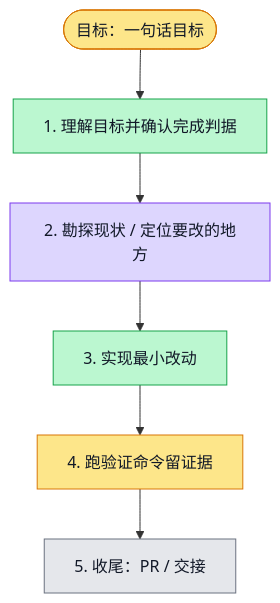
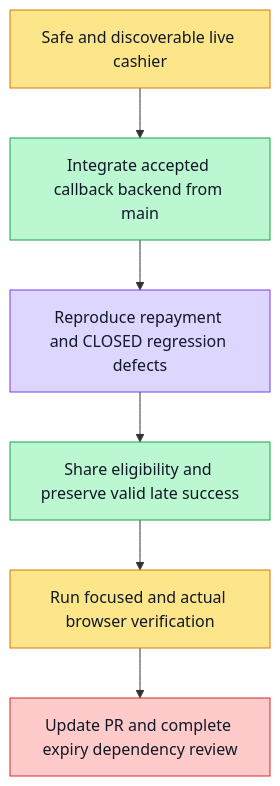
Before and after one commit to boardx/workspacex: the diagram in phases/phase-21-billing-payment/sprints/sprint-06/plans/F06.plan.md, drawn with Mermaid. The commit also changed other lines of this file and 8 other files, not shown here.

Commit message:
fix(billing): prevent repayment of closed orders requiring manual recovery

````diff
--- a/phases/phase-21-billing-payment/sprints/sprint-06/plans/F06.plan.md
+++ b/phases/phase-21-billing-payment/sprints/sprint-06/plans/F06.plan.md
@@ -17,25 +11,23 @@
 ```mermaid
 flowchart TD
-  G([目标：一句话目标])
-  S1[1. 理解目标并确认完成判据]
-  S2[2. 勘探现状 / 定位要改的地方]
-  S3[3. 实现最小改动]
-  S4[4. 跑验证命令留证据]
-  S5[5. 收尾：PR / 交接]
-
+  G[Safe and discoverable live cashier]
+  S1[Integrate accepted callback backend from main]
+  S2[Reproduce repayment and CLOSED regression defects]
+  S3[Share eligibility and preserve valid late success]
+  S4[Run focused and actual browser verification]
+  S5[Update PR and complete expiry dependency review]
   G --> S1 --> S2 --> S3 --> S4 --> S5
-
   classDef todo fill:#e5e7eb,stroke:#6b7280,color:#111827
   classDef doing fill:#fde68a,stroke:#d97706,color:#111827
   classDef done fill:#bbf7d0,stroke:#16a34a,color:#111827
   classDef tested fill:#ddd6fe,stroke:#7c3aed,color:#111827
   classDef blocked fill:#fecaca,stroke:#dc2626,color:#111827
-
   class G doing
   class S1 done
   class S2 tested
-  %% evidence S2: Initial entry RED2fail;404 revocation and PROCESSING regressions reproduced separately
+  %% evidence S2: evidence/F06.manual-ui-red.log -7fail25pass; evidence/F06.manual-ui-green.log -32pass
   class S3 done
   class S4 doing
-  class S5 todo
+  class S5 blocked
+  %% blocked S5: F07 formal verification hit independent baseline failure; requires diagnostic PR5799 and real expiry/regeneration acceptance
 ```
````
